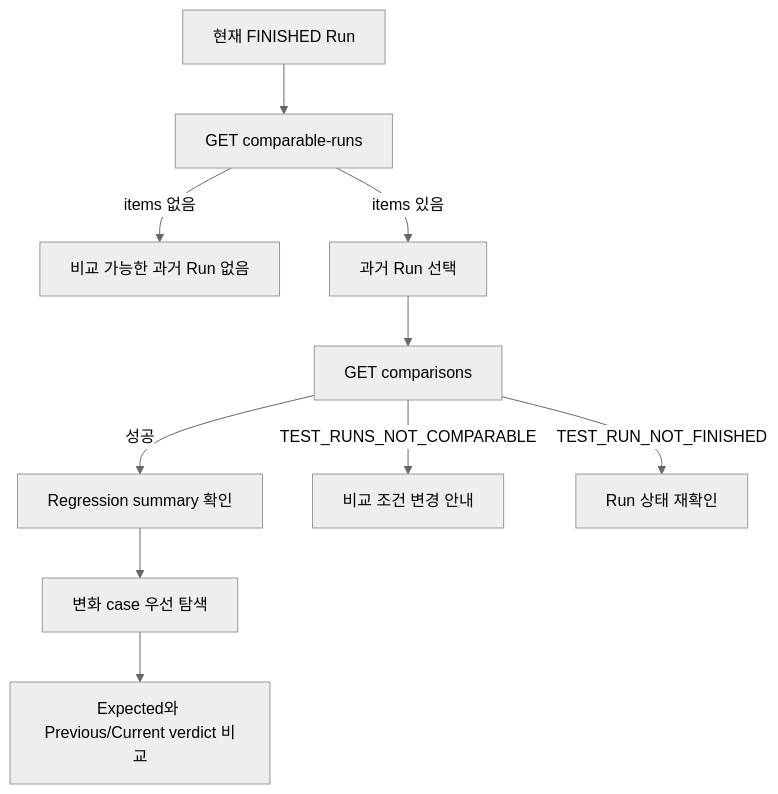
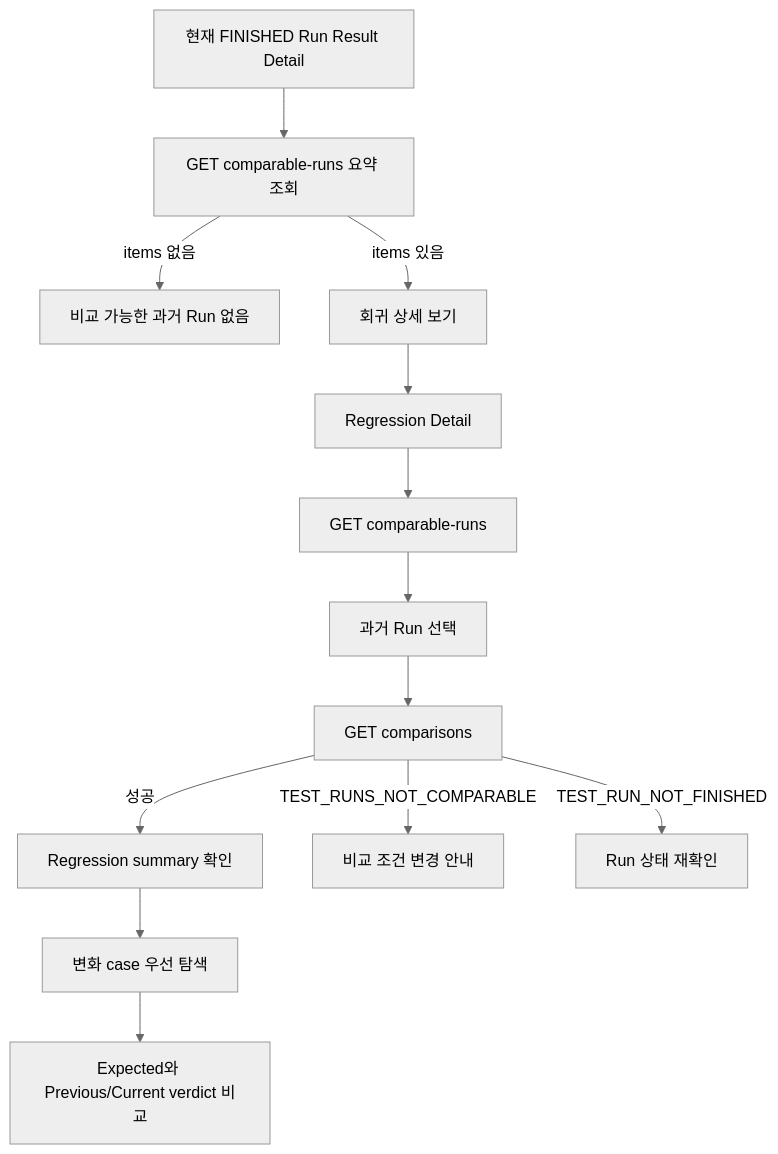
The sixth of 6 diagrams in docs/product/user-flows.md (GuardBench/guardbench-frontend), drawn with Mermaid (neutral theme) before and after one commit. The commit also changed other lines of this file, not shown here.

Commit message:
docs: regression drill-down 사용자 흐름 반영

````diff
--- a/docs/product/user-flows.md
+++ b/docs/product/user-flows.md
@@ -308,12 +306,15 @@
 ```mermaid
 flowchart TD
-    A[현재 FINISHED Run] --> B[GET comparable-runs]
+    A[현재 FINISHED Run Result Detail] --> B[GET comparable-runs 요약 조회]
     B -->|items 없음| C[비교 가능한 과거 Run 없음]
-    B -->|items 있음| D[과거 Run 선택]
-    D --> E[GET comparisons]
-    E -->|성공| F[Regression summary 확인]
-    F --> G[변화 case 우선 탐색]
-    G --> H[Expected와 Previous/Current verdict 비교]
-    E -->|TEST_RUNS_NOT_COMPARABLE| I[비교 조건 변경 안내]
-    E -->|TEST_RUN_NOT_FINISHED| J[Run 상태 재확인]
+    B -->|items 있음| D[회귀 상세 보기]
+    D --> E[Regression Detail]
+    E --> F[GET comparable-runs]
+    F --> G[과거 Run 선택]
+    G --> H[GET comparisons]
+    H -->|성공| I[Regression summary 확인]
+    I --> J[변화 case 우선 탐색]
+    J --> K[Expected와 Previous/Current verdict 비교]
+    H -->|TEST_RUNS_NOT_COMPARABLE| L[비교 조건 변경 안내]
+    H -->|TEST_RUN_NOT_FINISHED| M[Run 상태 재확인]
 ```
````
